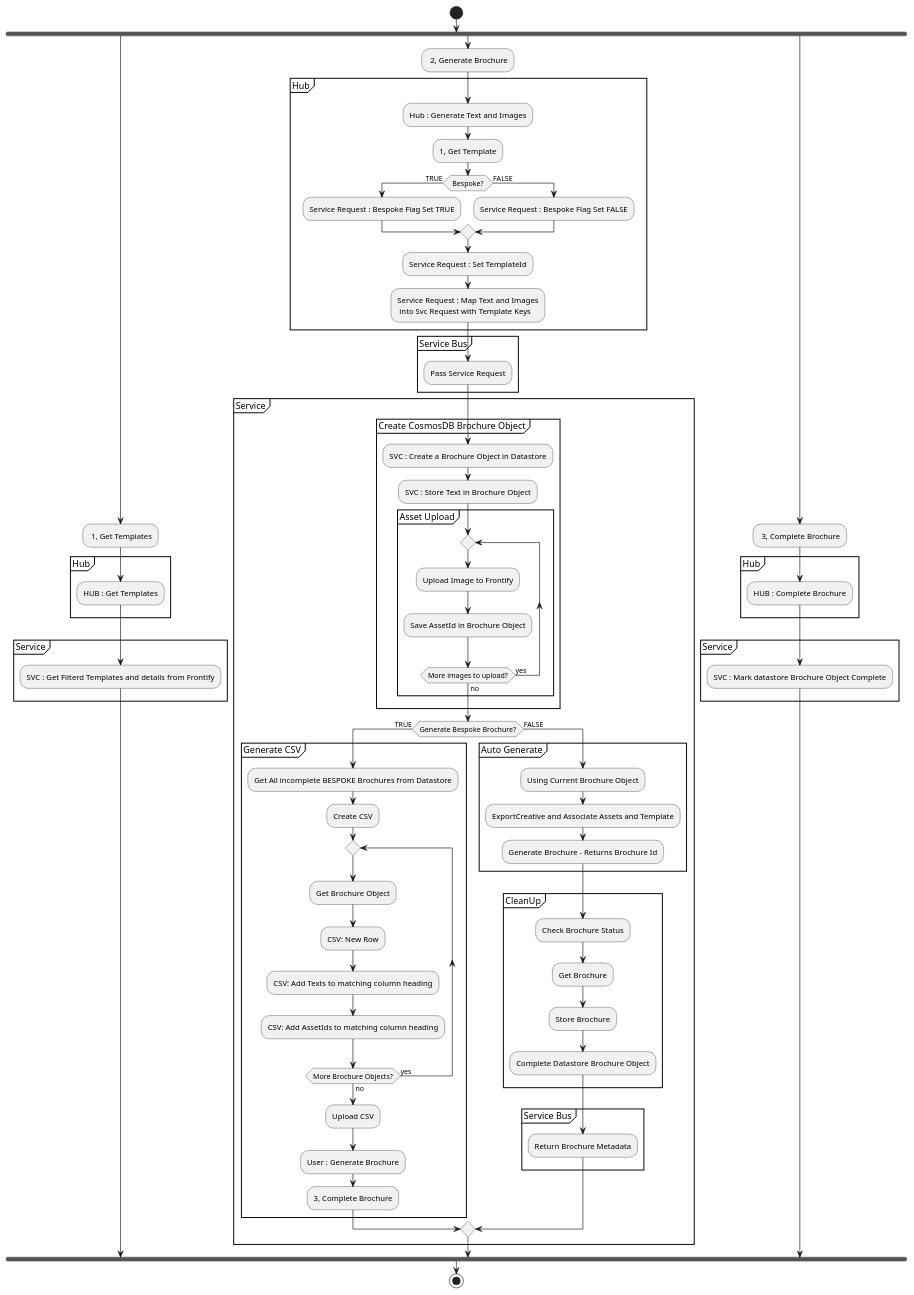
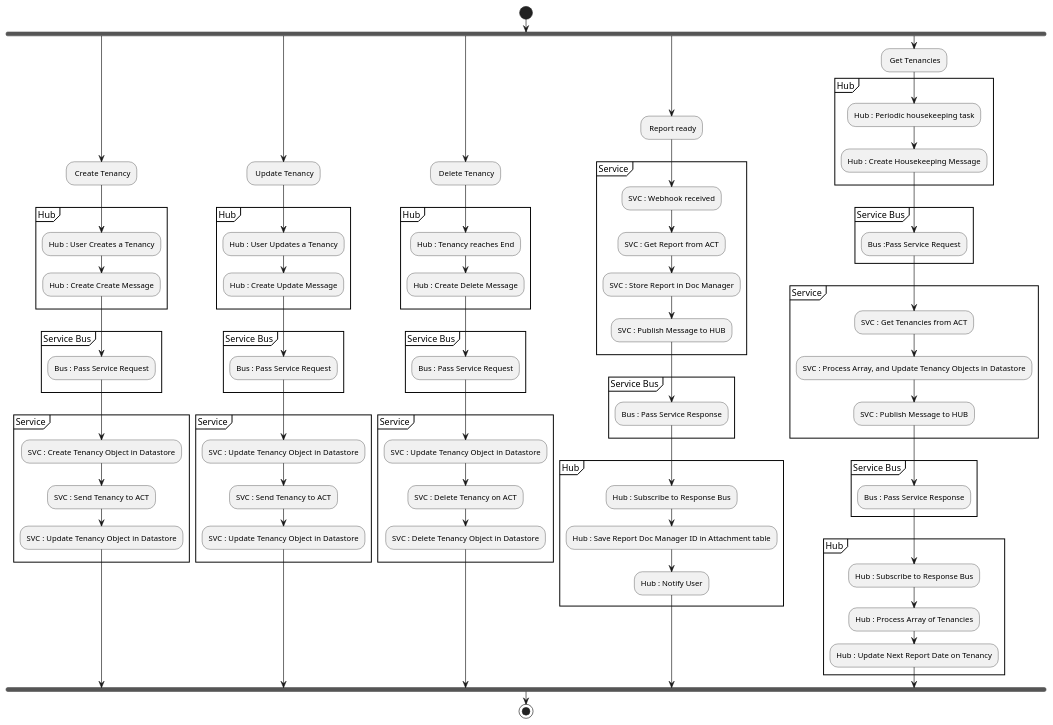
Before and after one commit to newportg/ACT: the diagram in plantuml/ProcessFlow.puml, drawn with PlantUML. The commit also changed 1 other file, not shown here.

```diff
--- a/plantuml/ProcessFlow.puml
+++ b/plantuml/ProcessFlow.puml
@@ -1,91 +1,191 @@
 @startuml
 
 start
 fork
-  : 1, Get Templates;
+  : Create Tenancy;
   Group Hub
-    :HUB : Get Templates;
+    :Hub : User Creates a Tenancy;
+    :Hub : Create Create Message;    
   EndGroup
+  
+  Group Service Bus
+    :Bus : Pass Service Request;
+  EndGroup  
+
   Group Service
-    :SVC : Get Filterd Templates and details from Frontify;
+    :SVC : Create Tenancy Object in Datastore;
+    :SVC : Send Tenancy to ACT;
+    :SVC : Update Tenancy Object in Datastore;
   EndGroup
 
 fork again
-  : 2, Generate Brochure;
+  : Update Tenancy;
+  Group Hub
+    :Hub : User Updates a Tenancy;   
+    :Hub : Create Update Message;        
+  EndGroup
+  
+  Group Service Bus
+    :Bus : Pass Service Request;
+  EndGroup  
+
+  Group Service
+    :SVC : Update Tenancy Object in Datastore;
+    :SVC : Send Tenancy to ACT;
+    :SVC : Update Tenancy Object in Datastore;
+  EndGroup  
+
+fork again
+  : Delete Tenancy;
+  Group Hub
+    :Hub : Tenancy reaches End;
+    :Hub : Create Delete Message;
+  EndGroup
+  
+  Group Service Bus
+    :Bus : Pass Service Request;
+  EndGroup  
+
+  Group Service
+    :SVC : Update Tenancy Object in Datastore;
+    :SVC : Delete Tenancy on ACT;
+    :SVC : Delete Tenancy Object in Datastore;
+  EndGroup  
+fork again
+  : Report ready;  
+  Group Service
+    :SVC : Webhook received;
+    :SVC : Get Report from ACT;
+    :SVC : Store Report in Doc Manager;
+    :SVC : Publish Message to HUB;
+  Endgroup  
+
+  Group Service Bus
+    :Bus : Pass Service Response;
+  EndGroup    
 
   Group Hub
-    :Hub : Generate Text and Images;
-    :1, Get Template;     
-    
-    if ( Bespoke? ) then (TRUE)
-      :Service Request : Bespoke Flag Set TRUE;
-    else (FALSE)
-      :Service Request : Bespoke Flag Set FALSE;
-    endif
-    :Service Request : Set TemplateId;
-    :Service Request : Map Text and Images\n into Svc Request with Template Keys;
-  Endgroup
+    :Hub : Subscribe to Response Bus;
+    :Hub : Save Report Doc Manager ID in Attachment table;
+    :Hub : Notify User;
+  EndGroup
+fork again 
+  : Get Tenancies;
+  Group Hub
+    :Hub : Periodic housekeeping task;
+    :Hub : Create Housekeeping Message;
+  EndGroup  
 
   Group Service Bus
-    :Pass Service Request;
-  Endgroup
+    :Bus :Pass Service Request;
+  EndGroup 
+
   Group Service
-    Group Create CosmosDB Brochure Object
-    :SVC : Create a Brochure Object in Datastore;
-    :SVC : Store Text in Brochure Object;
+    :SVC : Get Tenancies from ACT;
+    :SVC : Process Array, and Update Tenancy Objects in Datastore;
+    :SVC : Publish Message to HUB;
+  Endgroup   
 
-      Group Asset Upload
-        repeat
-            :Upload Image to Frontify;
-            :Save AssetId in Brochure Object;
-        repeat while (More images to upload?) is (yes) not (no)
-      EndGroup
-    EndGroup
+  Group Service Bus
+    :Bus : Pass Service Response;
+  EndGroup   
 
-    if (Generate Bespoke Brochure?) then (TRUE)
-      Group Generate CSV
-        :Get All incomplete BESPOKE Brochures from Datastore;
-        :Create CSV;
-        repeat
-          :Get Brochure Object;
-          :CSV: New Row;
-          :CSV: Add Texts to matching column heading;
-          :CSV: Add AssetIds to matching column heading;
-        repeat while (More Brochure Objects?) is (yes) not (no)
+  Group Hub
+    :Hub : Subscribe to Response Bus;
+    :Hub : Process Array of Tenancies;
+    :Hub : Update Next Report Date on Tenancy;
+  EndGroup    
+endfork
 
-        :Upload CSV;
-        :User : Generate Brochure;
-        :3, Complete Brochure; 
-      EndGroup
 
-    else (FALSE)
-      Group Auto Generate
-        :Using Current Brochure Object;
-        :ExportCreative and Associate Assets and Template;
-        :Generate Brochure - Returns Brochure Id;
-      EndGroup
-    Group CleanUp
-      :Check Brochure Status;
-      :Get Brochure;
-      :Store Brochure;
-      :Complete Datastore Brochure Object;
-    EndGroup
-
-    Group Service Bus
-      :Return Brochure Metadata;
-    Endgroup
-    endif
-  EndGroup
-
-fork again
-  : 3, Complete Brochure;
-  Group Hub
-    :HUB : Complete Brochure;
-  EndGroup
-  Group Service
-    :SVC : Mark datastore Brochure Object Complete;
-  EndGroup
-endfork
 stop
 
+
+' fork
+'   : 1, Get Templates;
+'   Group Hub
+'     :HUB : Get Templates;
+'   EndGroup
+'   Group Service
+'     :SVC : Get Filterd Templates and details from Frontify;
+'   EndGroup
+
+' fork again
+'   : 2, Generate Brochure;
+
+'   Group Hub
+'     :Hub : Generate Text and Images;
+'     :1, Get Template;     
+    
+'     if ( Bespoke? ) then (TRUE)
+'       :Service Request : Bespoke Flag Set TRUE;
+'     else (FALSE)
+'       :Service Request : Bespoke Flag Set FALSE;
+'     endif
+'     :Service Request : Set TemplateId;
+'     :Service Request : Map Text and Images\n into Svc Request with Template Keys;
+'   Endgroup
+
+'   Group Service Bus
+'     :Pass Service Request;
+'   Endgroup
+'   Group Service
+'     Group Create CosmosDB Brochure Object
+'     :SVC : Create a Brochure Object in Datastore;
+'     :SVC : Store Text in Brochure Object;
+
+'       Group Asset Upload
+'         repeat
+'             :Upload Image to Frontify;
+'             :Save AssetId in Brochure Object;
+'         repeat while (More images to upload?) is (yes) not (no)
+'       EndGroup
+'     EndGroup
+
+'     if (Generate Bespoke Brochure?) then (TRUE)
+'       Group Generate CSV
+'         :Get All incomplete BESPOKE Brochures from Datastore;
+'         :Create CSV;
+'         repeat
+'           :Get Brochure Object;
+'           :CSV: New Row;
+'           :CSV: Add Texts to matching column heading;
+'           :CSV: Add AssetIds to matching column heading;
+'         repeat while (More Brochure Objects?) is (yes) not (no)
+
+'         :Upload CSV;
+'         :User : Generate Brochure;
+'         :3, Complete Brochure; 
+'       EndGroup
+
+'     else (FALSE)
+'       Group Auto Generate
+'         :Using Current Brochure Object;
+'         :ExportCreative and Associate Assets and Template;
+'         :Generate Brochure - Returns Brochure Id;
+'       EndGroup
+'     Group CleanUp
+'       :Check Brochure Status;
+'       :Get Brochure;
+'       :Store Brochure;
+'       :Complete Datastore Brochure Object;
+'     EndGroup
+
+'     Group Service Bus
+'       :Return Brochure Metadata;
+'     Endgroup
+'     endif
+'   EndGroup
+
+' fork again
+'   : 3, Complete Brochure;
+'   Group Hub
+'     :HUB : Complete Brochure;
+'   EndGroup
+'   Group Service
+'     :SVC : Mark datastore Brochure Object Complete;
+'   EndGroup
+' endfork
+' stop
+
 @enduml
```
